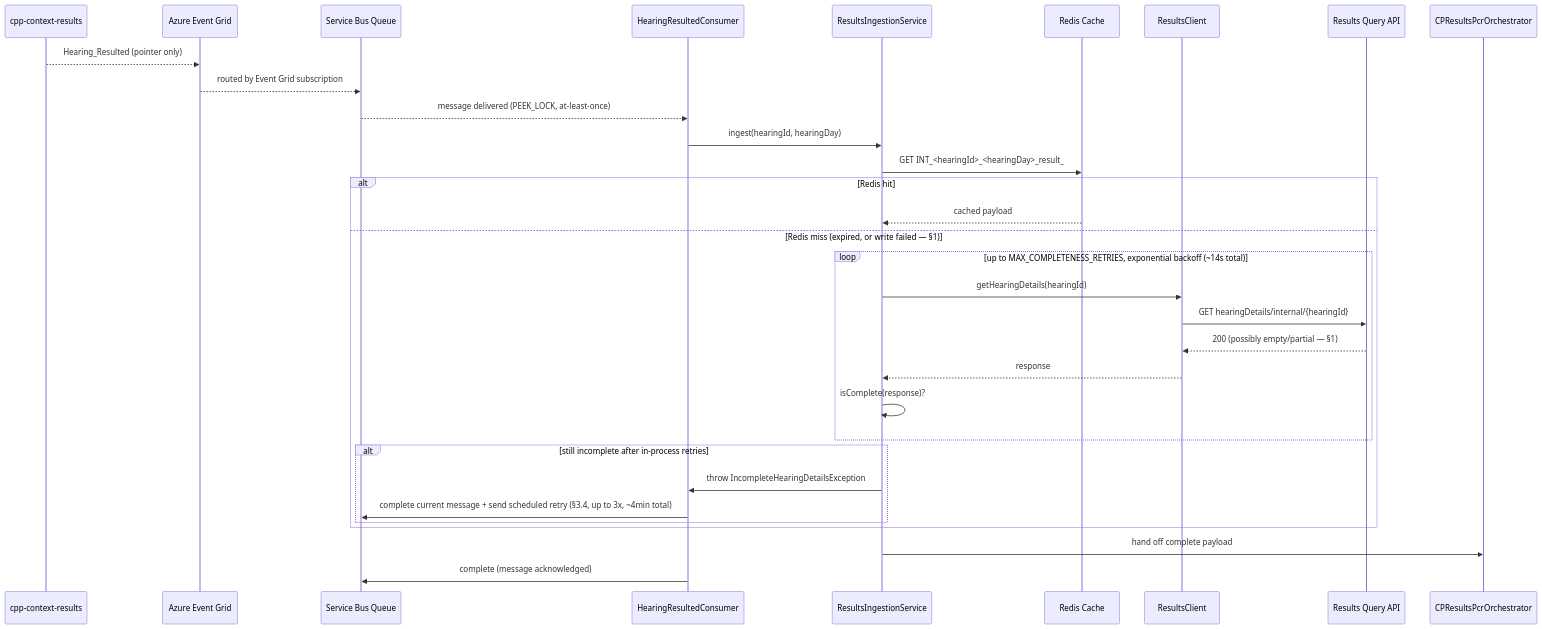
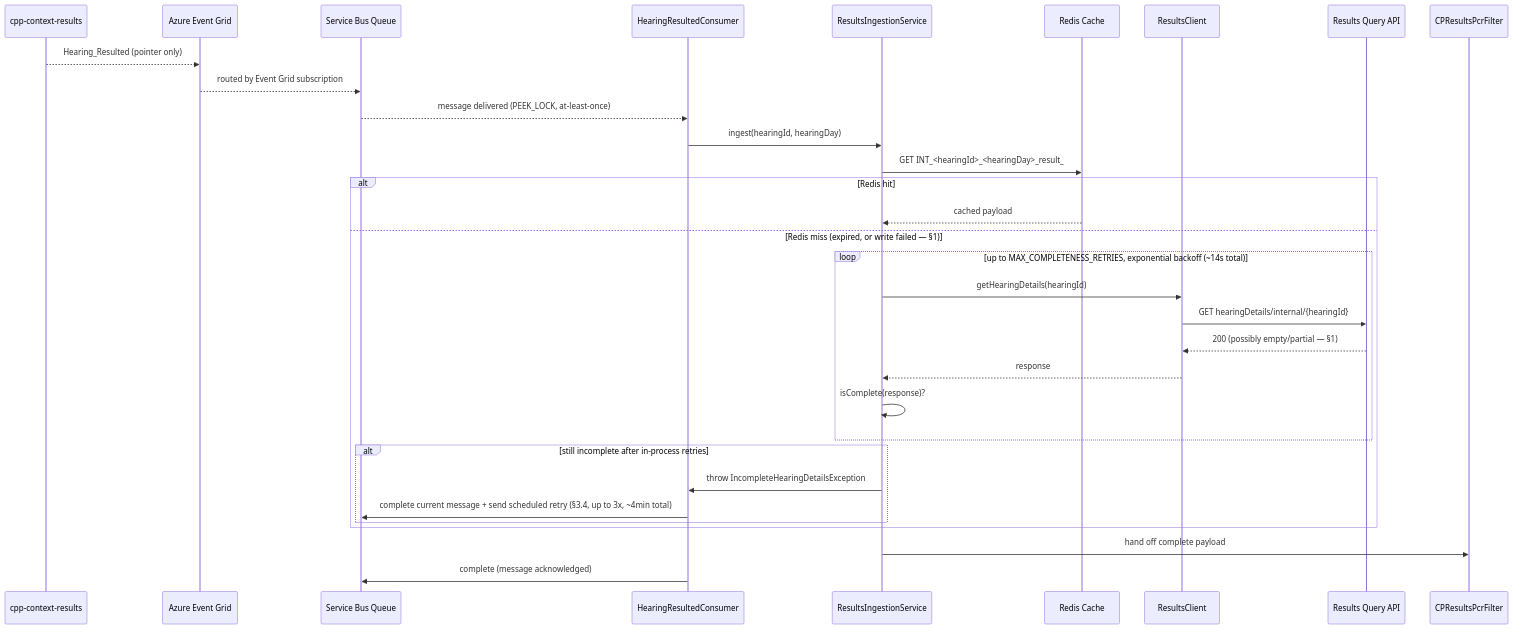
Before and after one commit to hmcts/service-cp-crime-results-pcr: the second of 2 diagrams in docs/designs/2026-07-22-pcr-hearing-event-ingestion-design.md, drawn with Mermaid. The commit also changed other lines of this file and 11 other files, not shown here.

````diff
--- a/docs/designs/2026-07-22-pcr-hearing-event-ingestion-design.md
+++ b/docs/designs/2026-07-22-pcr-hearing-event-ingestion-design.md
@@ -86,38 +85,38 @@
 ```mermaid
 sequenceDiagram
     participant Results as cpp-context-results
     participant Grid as Azure Event Grid
     participant Bus as Service Bus Queue
     participant Consumer as HearingResultedConsumer
     participant Ingestion as ResultsIngestionService
     participant Redis as Redis Cache
     participant RQC as ResultsClient
     participant API as Results Query API
-    participant Downstream as CPResultsPcrOrchestrator
+    participant Downstream as CPResultsPcrFilter
 
     Results-->>Grid: Hearing_Resulted (pointer only)
     Grid-->>Bus: routed by Event Grid subscription
     Bus-->>Consumer: message delivered (PEEK_LOCK, at-least-once)
 
     Consumer->>Ingestion: ingest(hearingId, hearingDay)
     Ingestion->>Redis: GET INT_<hearingId>_<hearingDay>_result_
 
     alt Redis hit
         Redis-->>Ingestion: cached payload
     else Redis miss (expired, or write failed — §1)
         loop up to MAX_COMPLETENESS_RETRIES, exponential backoff (~14s total)
             Ingestion->>RQC: getHearingDetails(hearingId)
             RQC->>API: GET hearingDetails/internal/{hearingId}
             API-->>RQC: 200 (possibly empty/partial — §1)
             RQC-->>Ingestion: response
             Ingestion->>Ingestion: isComplete(response)?
         end
         alt still incomplete after in-process retries
             Ingestion->>Consumer: throw IncompleteHearingDetailsException
             Consumer->>Bus: complete current message + send scheduled retry (§3.4, up to 3x, ~4min total)
         end
     end
 
     Ingestion->>Downstream: hand off complete payload
     Consumer->>Bus: complete (message acknowledged)
 ```
````
